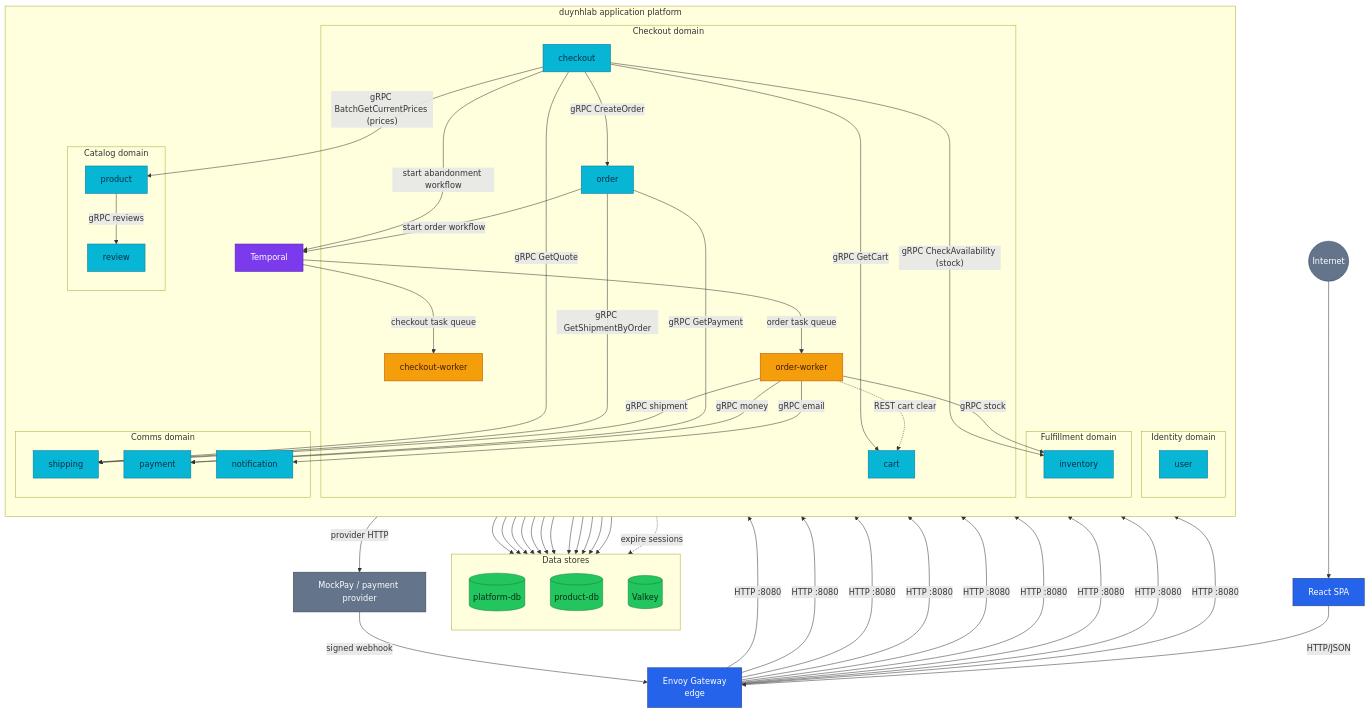
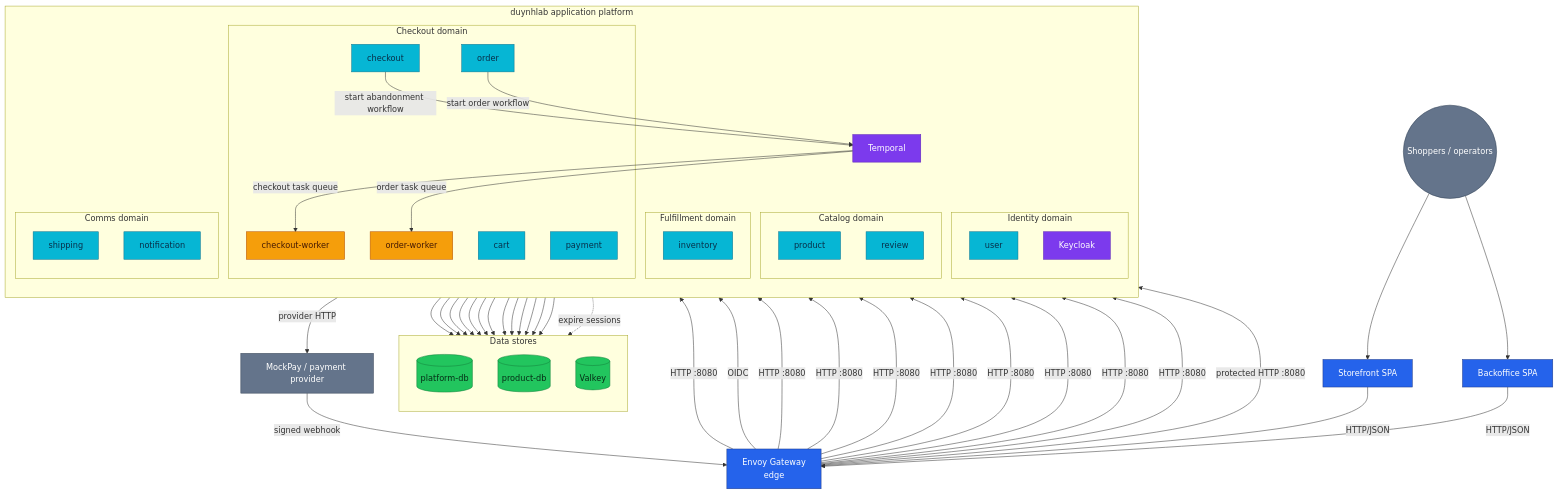
Before and after one commit to duynhlab/homelab: the first of 10 diagrams in docs/api/api.md, drawn with Mermaid. The commit also changed other lines of this file and 3 other files, not shown here.

````diff
--- a/docs/api/api.md
+++ b/docs/api/api.md
@@ -33,14 +39,16 @@
 ```mermaid
 flowchart TB
     %% ===== Layer 1: External actors =====
-    Internet((Internet))
+    Internet((Shoppers / operators))
     Provider["MockPay / payment provider"]
 
-    %% ===== Layer 2: Client =====
-    Internet --> Browser["React SPA"]
+    %% ===== Layer 2: Clients =====
+    Internet --> Storefront["Storefront SPA"]
+    Internet --> Backoffice["Backoffice SPA"]
 
     %% ===== Layer 3: Gateway =====
-    Browser -->|"HTTP/JSON"| Edge["Envoy Gateway<br/>edge"]
+    Storefront -->|"HTTP/JSON"| Edge["Envoy Gateway<br/>edge"]
+    Backoffice -->|"HTTP/JSON"| Edge
     Provider -->|"signed webhook"| Edge
 
     %% ===== Layer 4: Application platform =====
@@ -49,6 +57,7 @@
 
         subgraph Identity["Identity domain"]
             User["user"]
+            Keycloak["Keycloak"]
         end
 
         subgraph Catalog["Catalog domain"]
@@ -60,6 +69,7 @@
             Cart["cart"]
             Checkout["checkout"]
             Order["order"]
+            Payment["payment"]
             CheckoutWorker["checkout-worker"]
             OrderWorker["order-worker"]
         end
@@ -70,7 +80,6 @@
 
         subgraph Comms["Comms domain"]
             Shipping["shipping"]
-            Payment["payment"]
             Notification["notification"]
         end
 
@@ -79,6 +88,7 @@
 
     %% Edge -> domain entry points
     Edge -->|"HTTP :8080"| User
+    Edge -->|"OIDC"| Keycloak
     Edge -->|"HTTP :8080"| Product
     Edge -->|"HTTP :8080"| Review
     Edge -->|"HTTP :8080"| Cart
@@ -87,28 +97,13 @@
     Edge -->|"HTTP :8080"| Shipping
     Edge -->|"HTTP :8080"| Payment
     Edge -->|"HTTP :8080"| Notification
-
-    %% Synchronous cross-service calls
-    Product -->|"gRPC reviews"| Review
-    Checkout -->|"gRPC GetCart"| Cart
-    Checkout -->|"gRPC BatchGetCurrentPrices (prices)"| Product
-    Checkout -->|"gRPC CheckAvailability (stock)"| Inventory
-    Checkout -->|"gRPC GetQuote"| Shipping
-    Checkout -->|"gRPC CreateOrder"| Order
-    Order -->|"gRPC GetShipmentByOrder"| Shipping
-    Order -->|"gRPC GetPayment"| Payment
+    Edge -->|"protected HTTP :8080"| Inventory
 
     %% Async / workflow layer
     Checkout -->|"start abandonment workflow"| Temporal
     Order -->|"start order workflow"| Temporal
     Temporal -->|"checkout task queue"| CheckoutWorker
     Temporal -->|"order task queue"| OrderWorker
-
-    OrderWorker -->|"gRPC stock"| Inventory
-    OrderWorker -->|"gRPC shipment"| Shipping
-    OrderWorker -->|"gRPC money"| Payment
-    OrderWorker -->|"gRPC email"| Notification
-    OrderWorker -.->|"REST cart clear"| Cart
 
     %% Outbound call to external payment provider
     Payment -->|"provider HTTP"| Provider
@@ -122,6 +117,7 @@
     end
 
     User --> PlatformDB
+    Keycloak --> PlatformDB
     Review --> PlatformDB
     Shipping --> PlatformDB
     Notification --> PlatformDB
@@ -142,10 +138,10 @@
     classDef platform fill:#7c3aed,color:#fff,stroke:#5b21b6;
     classDef data fill:#22c55e,color:#052e16,stroke:#15803d;
     classDef external fill:#64748b,color:#fff,stroke:#334155;
-    class Browser,Edge edge;
+    class Storefront,Backoffice,Edge edge;
     class User,Product,Review,Cart,Checkout,Order,Inventory,Shipping,Payment,Notification service;
     class CheckoutWorker,OrderWorker worker;
-    class Temporal platform;
+    class Keycloak,Temporal platform;
     class PlatformDB,ProductDB,Valkey data;
     class Internet,Provider external;
 ```
````
